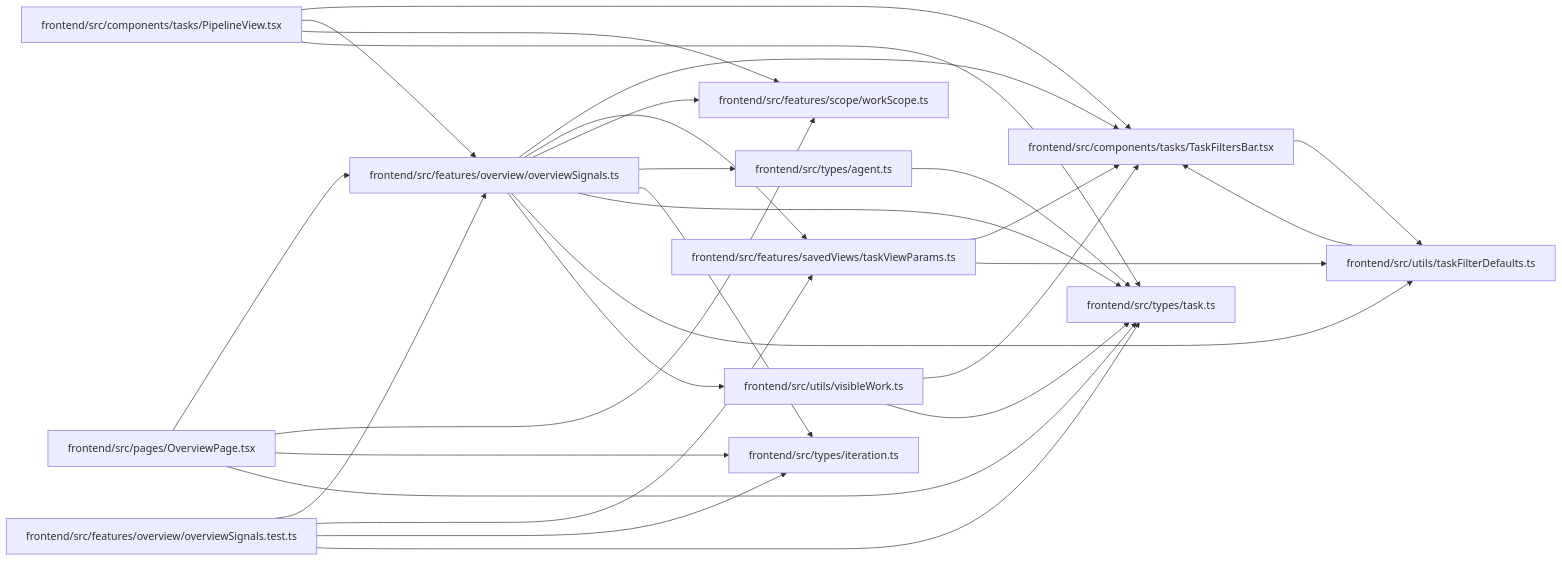
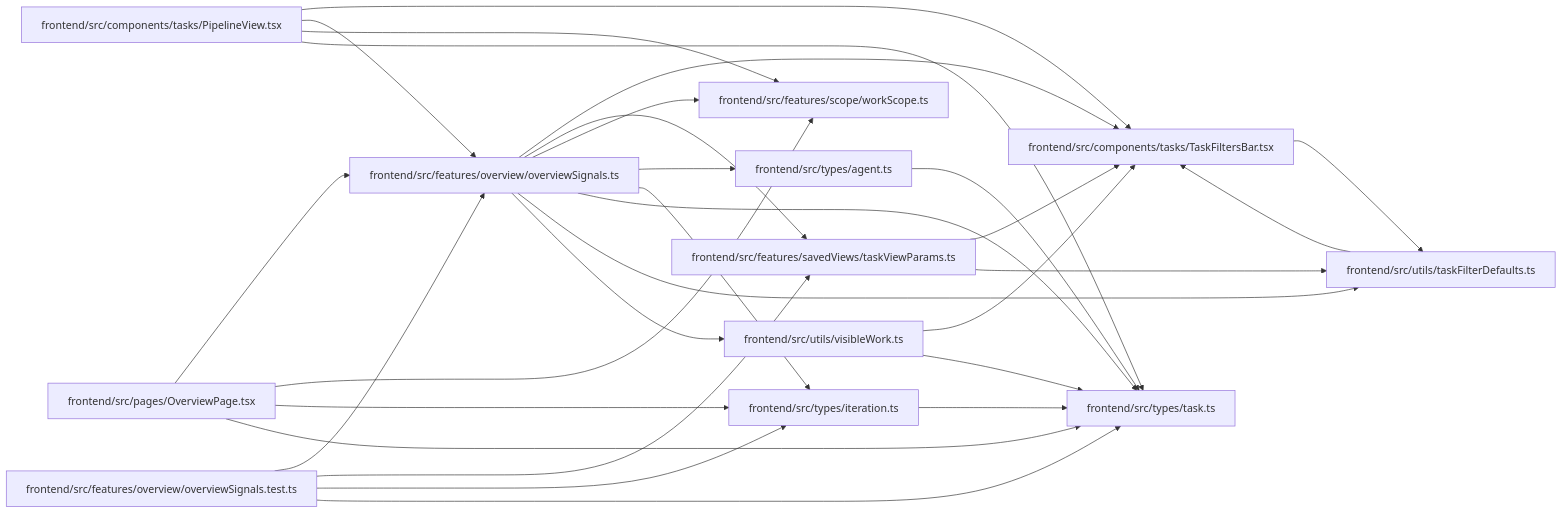
The diagram in docs/llm_wiki/modules/overviewSignals.md (Denissvgn/WorkChord), drawn with Mermaid before and after one commit. The commit also changed 904 other files, not shown here.

Commit message:
Sync the architectural wiki for terminal task states

````diff
--- a/docs/llm_wiki/modules/overviewSignals.md
+++ b/docs/llm_wiki/modules/overviewSignals.md
@@ -35,54 +35,55 @@
 ```mermaid
 flowchart LR
     n0["frontend/src/components/tasks/PipelineView.tsx"]
     n1["frontend/src/components/tasks/TaskFiltersBar.tsx"]
     n2["frontend/src/features/overview/overviewSignals.test.ts"]
     n3["frontend/src/features/overview/overviewSignals.ts"]
     n4["frontend/src/features/savedViews/taskViewParams.ts"]
     n5["frontend/src/features/scope/workScope.ts"]
     n6["frontend/src/pages/OverviewPage.tsx"]
     n7["frontend/src/types/agent.ts"]
     n8["frontend/src/types/iteration.ts"]
     n9["frontend/src/types/task.ts"]
     n10["frontend/src/utils/taskFilterDefaults.ts"]
     n11["frontend/src/utils/visibleWork.ts"]
     n0 --> n1
     n0 --> n3
     n0 --> n5
     n0 --> n9
     n1 --> n10
     n2 --> n3
     n2 --> n4
     n2 --> n8
     n2 --> n9
     n3 --> n1
     n3 --> n4
     n3 --> n5
     n3 --> n7
     n3 --> n8
     n3 --> n9
     n3 --> n10
     n3 --> n11
     n4 --> n1
     n4 --> n10
     n6 --> n3
     n6 --> n5
     n6 --> n8
     n6 --> n9
     n7 --> n9
+    n8 --> n9
     n10 --> n1
     n11 --> n1
     n11 --> n9
     click n0 "../modules/PipelineView.md"
     click n1 "../modules/TaskFiltersBar.md"
     click n2 "../modules/overviewSignals.test.md"
     click n3 "../modules/overviewSignals.md"
     click n4 "../modules/taskViewParams.md"
     click n5 "../modules/workScope.md"
     click n6 "../modules/OverviewPage.md"
     click n7 "../modules/types_agent.md"
     click n8 "../modules/types_iteration.md"
     click n9 "../modules/types_task.md"
     click n10 "../modules/taskFilterDefaults.md"
     click n11 "../modules/visibleWork.md"
 ```
````
